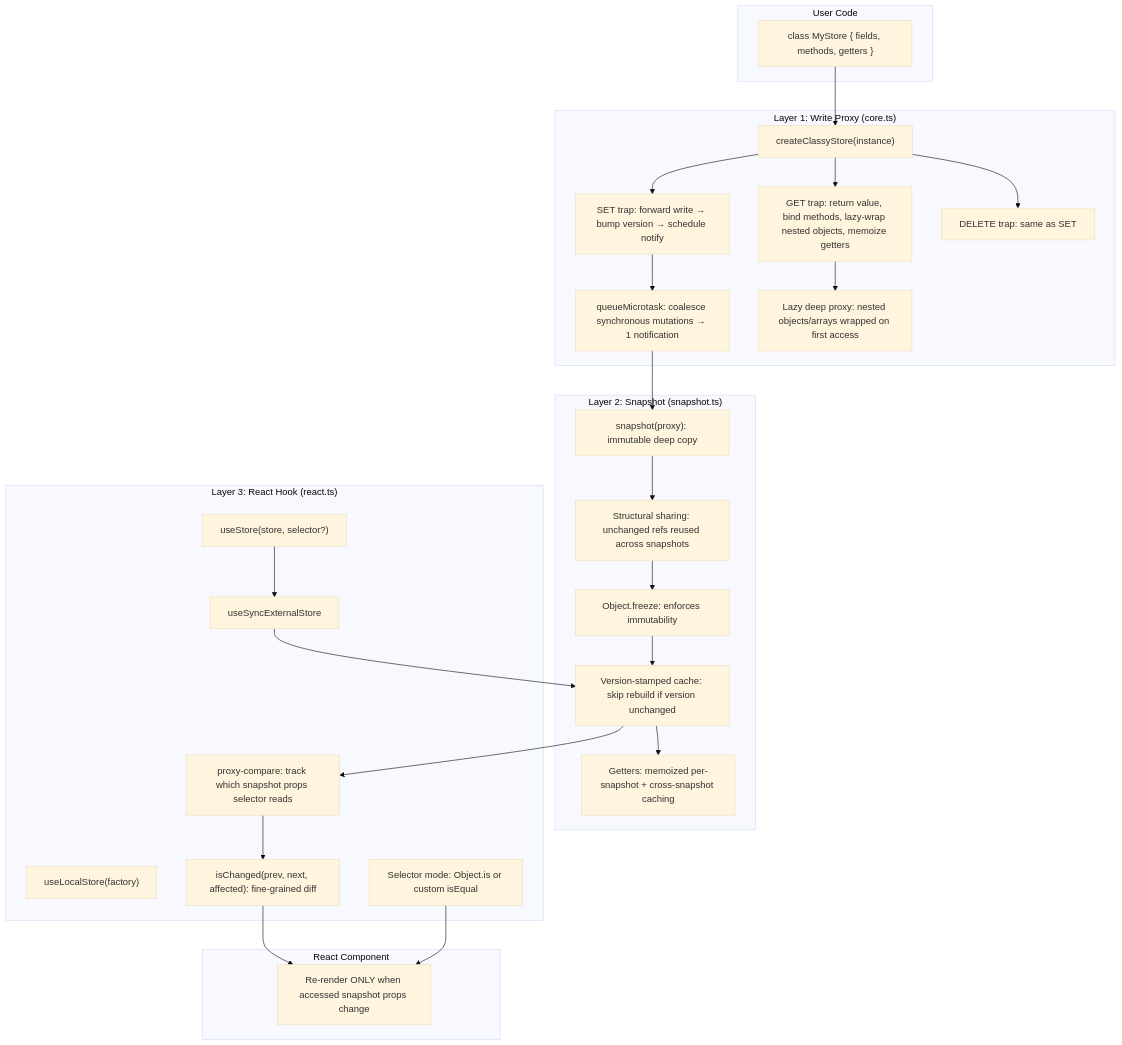
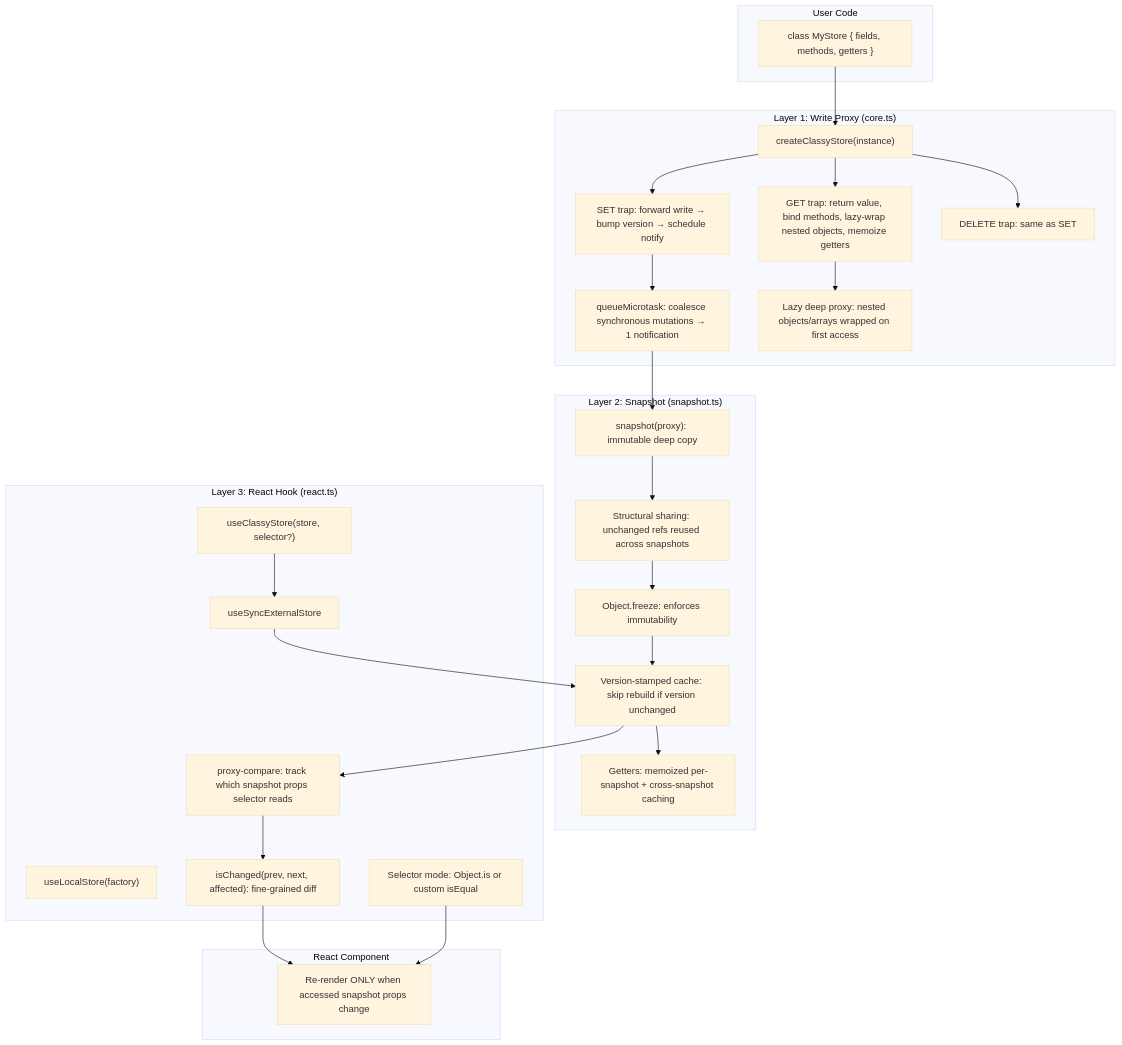
One commit to codeBelt/classy-store changed the first of 9 diagrams in website/docs/ARCHITECTURE.md. Above: the diagram before and after it, drawn with Mermaid (base theme). The commit also changed other lines of this file and 50 other files, not shown here.

Commit message:
refactor: rename `useStore` to `useClassyStore` (#20)

````diff
--- a/website/docs/ARCHITECTURE.md
+++ b/website/docs/ARCHITECTURE.md
@@ -9,54 +9,54 @@
 ```mermaid
 flowchart TB
   subgraph userCode ["User Code"]
     ClassDef["class MyStore { fields, methods, getters }"]
   end
 
   subgraph layer1 ["Layer 1: Write Proxy (core.ts)"]
     storeFn["createClassyStore(instance)"]
     SetTrap["SET trap: forward write → bump version → schedule notify"]
     GetTrap["GET trap: return value, bind methods, lazy-wrap nested objects, memoize getters"]
     DeleteTrap["DELETE trap: same as SET"]
     Batch["queueMicrotask: coalesce synchronous mutations → 1 notification"]
     DeepProxy["Lazy deep proxy: nested objects/arrays wrapped on first access"]
   end
 
   subgraph layer2 ["Layer 2: Snapshot (snapshot.ts)"]
     SnapshotFn["snapshot(proxy): immutable deep copy"]
     StructuralShare["Structural sharing: unchanged refs reused across snapshots"]
     Freeze["Object.freeze: enforces immutability"]
     VersionCache["Version-stamped cache: skip rebuild if version unchanged"]
     GetterEval["Getters: memoized per-snapshot + cross-snapshot caching"]
   end
 
   subgraph layer3 ["Layer 3: React Hook (react.ts)"]
-    UseStore["useStore(store, selector?)"]
+    UseStore["useClassyStore(store, selector?)"]
     UseLocalStore["useLocalStore(factory)"]
     USES["useSyncExternalStore"]
     ProxyCompare["proxy-compare: track which snapshot props selector reads"]
     IsChanged["isChanged(prev, next, affected): fine-grained diff"]
     SelectorMode["Selector mode: Object.is or custom isEqual"]
   end
 
   subgraph component ["React Component"]
     Render["Re-render ONLY when accessed snapshot props change"]
   end
 
   ClassDef --> storeFn
   storeFn --> SetTrap
   storeFn --> GetTrap
   storeFn --> DeleteTrap
   SetTrap --> Batch
   Batch --> SnapshotFn
   GetTrap --> DeepProxy
   SnapshotFn --> StructuralShare
   StructuralShare --> Freeze
   Freeze --> VersionCache
   VersionCache --> GetterEval
   UseStore --> USES
   USES --> VersionCache
   VersionCache --> ProxyCompare
   ProxyCompare --> IsChanged
   IsChanged --> Render
   SelectorMode --> Render
 ```
````
